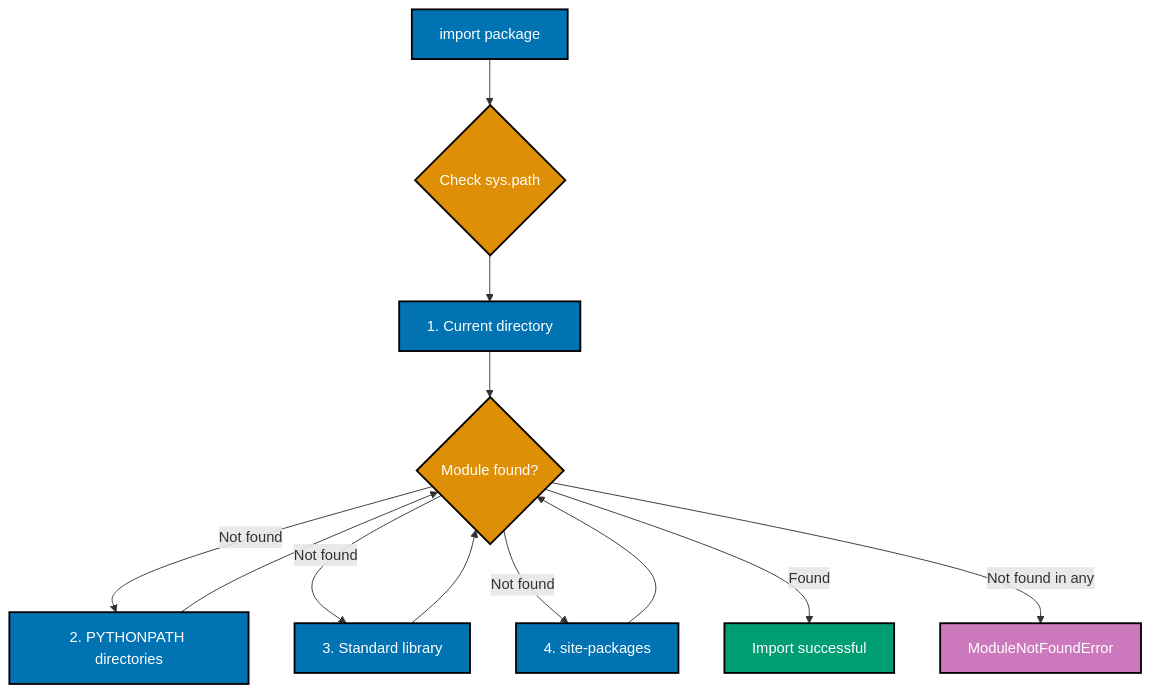
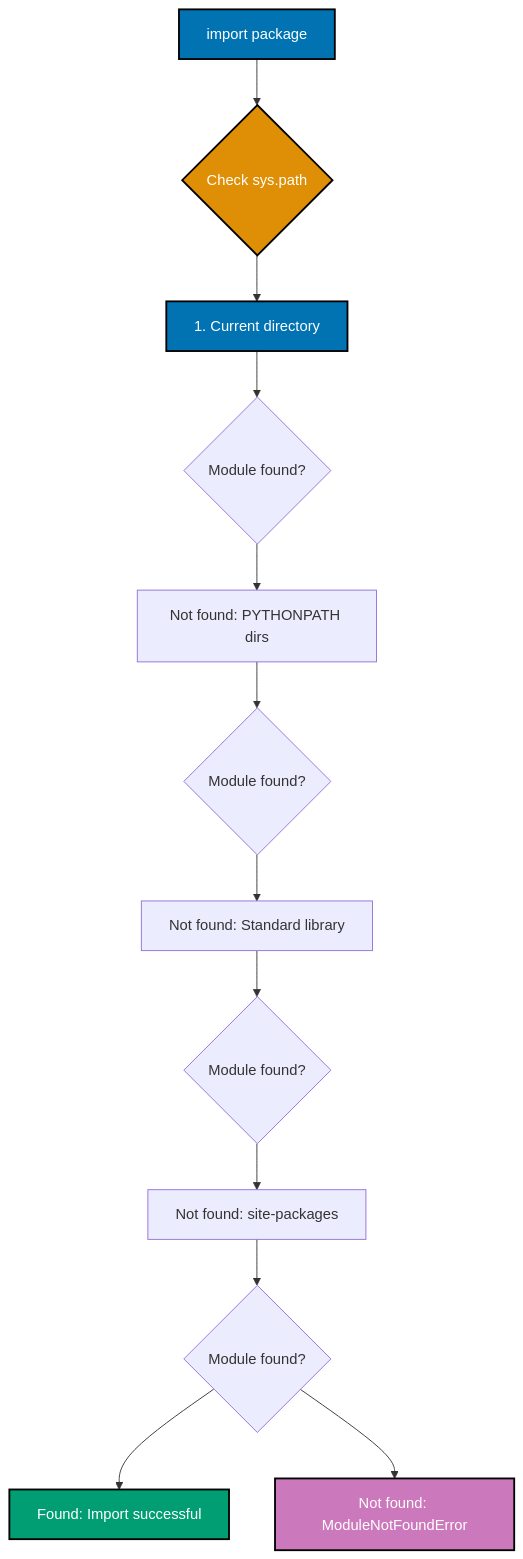
One commit to wahidyankf/open-sharia-enterprise changed the fifth of 6 diagrams in docs/explanation/software-engineering/programming-languages/python/modules-and-dependencies.md. Above: the diagram before and after it, drawn with Mermaid. The commit also changed other lines of this file and 12 other files, not shown here.

First line of the commit message:
fix(docs): fix mermaid violations in python docs

````diff
--- a/docs/explanation/software-engineering/programming-languages/python/modules-and-dependencies.md
+++ b/docs/explanation/software-engineering/programming-languages/python/modules-and-dependencies.md
@@ -497,30 +497,21 @@
 ```mermaid
 %% Color Palette: Blue #0173B2, Orange #DE8F05, Teal #029E73, Purple #CC78BC, Brown #CA9161
 graph TD
-  A[import package]:::blue
-  B{Check sys.path}:::orange
-  C[1. Current directory]:::blue
-  D[2. PYTHONPATH directories]:::blue
-  E[3. Standard library]:::blue
-  F[4. site-packages]:::blue
-  G{Module found?}:::orange
-  H[Import successful]:::teal
-  I[ModuleNotFoundError]:::purple
+  A[import package] --> B{Check sys.path}
+  B --> C[1. Current directory]
+  C --> G{Module found?}
+  G --> D[Not found: PYTHONPATH dirs]
+  D --> G2{Module found?}
+  G2 --> E[Not found: Standard library]
+  E --> G3{Module found?}
+  G3 --> F[Not found: site-packages]
+  F --> G4{Module found?}
+  G4 --> H[Found: Import successful]
+  G4 --> I[Not found: ModuleNotFoundError]
 
-  A --> B
-  B --> C
-  C --> G
-  G -->|Not found| D
-  D --> G
-  G -->|Not found| E
-  E --> G
-  G -->|Not found| F
-  F --> G
-  G -->|Found| H
-  G -->|Not found in any| I
-
-  classDef blue fill:#0173B2,stroke:#000000,color:#FFFFFF,stroke-width:2px
-  classDef orange fill:#DE8F05,stroke:#000000,color:#FFFFFF,stroke-width:2px
-  classDef teal fill:#029E73,stroke:#000000,color:#FFFFFF,stroke-width:2px
-  classDef purple fill:#CC78BC,stroke:#000000,color:#FFFFFF,stroke-width:2px
+  style A fill:#0173B2,stroke:#000000,color:#FFFFFF,stroke-width:2px
+  style B fill:#DE8F05,stroke:#000000,color:#FFFFFF,stroke-width:2px
+  style C fill:#0173B2,stroke:#000000,color:#FFFFFF,stroke-width:2px
+  style H fill:#029E73,stroke:#000000,color:#FFFFFF,stroke-width:2px
+  style I fill:#CC78BC,stroke:#000000,color:#FFFFFF,stroke-width:2px
 ```
````
